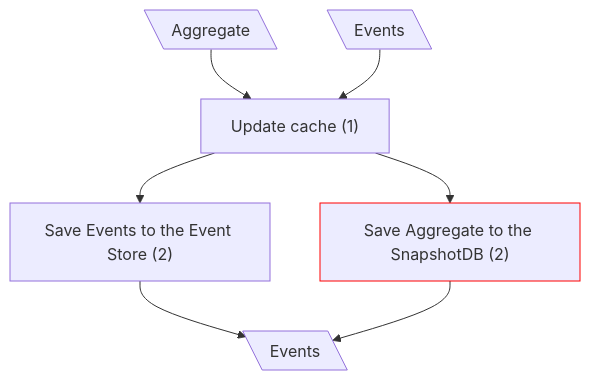
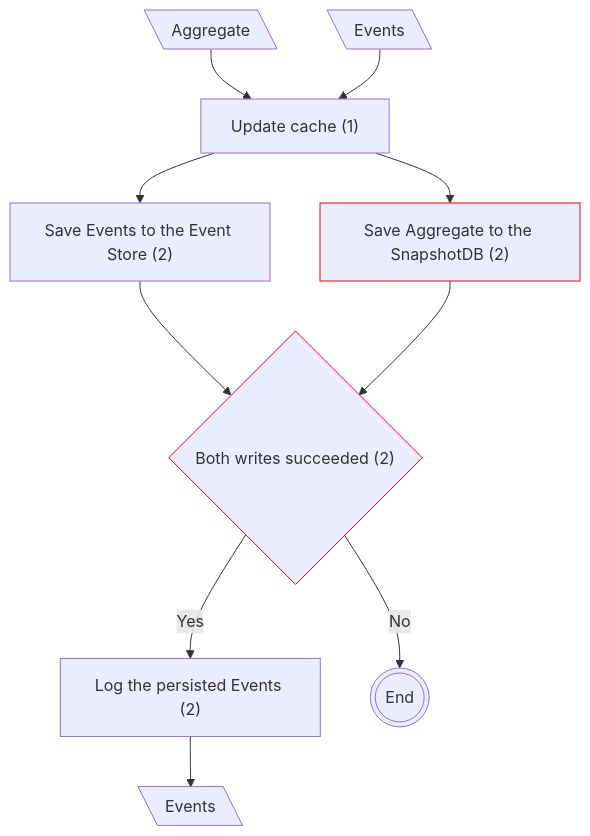
The second of 2 diagrams in docs/CF Complexity/mCQRS -> Classical CQRS/create.md (dmitryhruzin/CQRS-variations-test), drawn with Mermaid before and after one commit. The commit also changed other lines of this file and 21 other files, not shown here.

````diff
--- a/docs/CF Complexity/mCQRS -> Classical CQRS/create.md
+++ b/docs/CF Complexity/mCQRS -> Classical CQRS/create.md
@@ -18,13 +19,15 @@
 ```mermaid
 flowchart TD
   classDef mod stroke:#f00
   A1@{ shape: lean-l, label: "Aggregate" }
   A2@{ shape: lean-l, label: "Events" }
   A1 --> B["Update cache (1)"]
   A2 --> B
   B --> C["Save Events to the Event Store (2)"]
-  B --> D["Save Aggregate to the SnapshotDB (2)"]
-  C --> E@{ shape: lean-l, label: "Events" }
-  D --> E
-  class D mod
+  B --> D["Save Aggregate to the SnapshotDB (2)"]:::mod
+  C --> CF{"Both writes succeeded (2)"}:::mod
+  D --> CF
+  CF --Yes--> L["Log the persisted Events (2)"]
+  CF --"No"--> X@{ shape: dbl-circ, label: "End" }
+  L --> E@{ shape: lean-l, label: "Events" }
 ```
````
